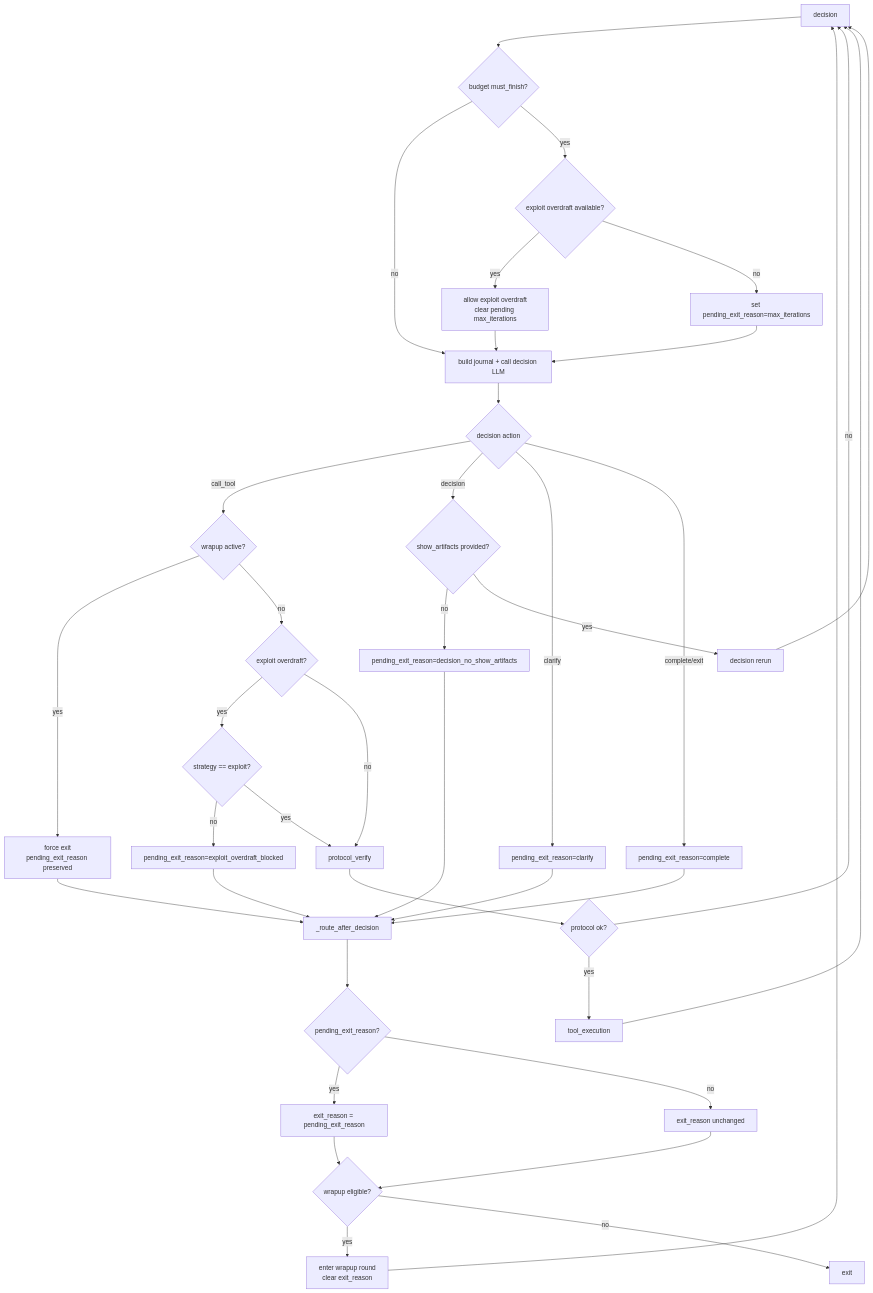
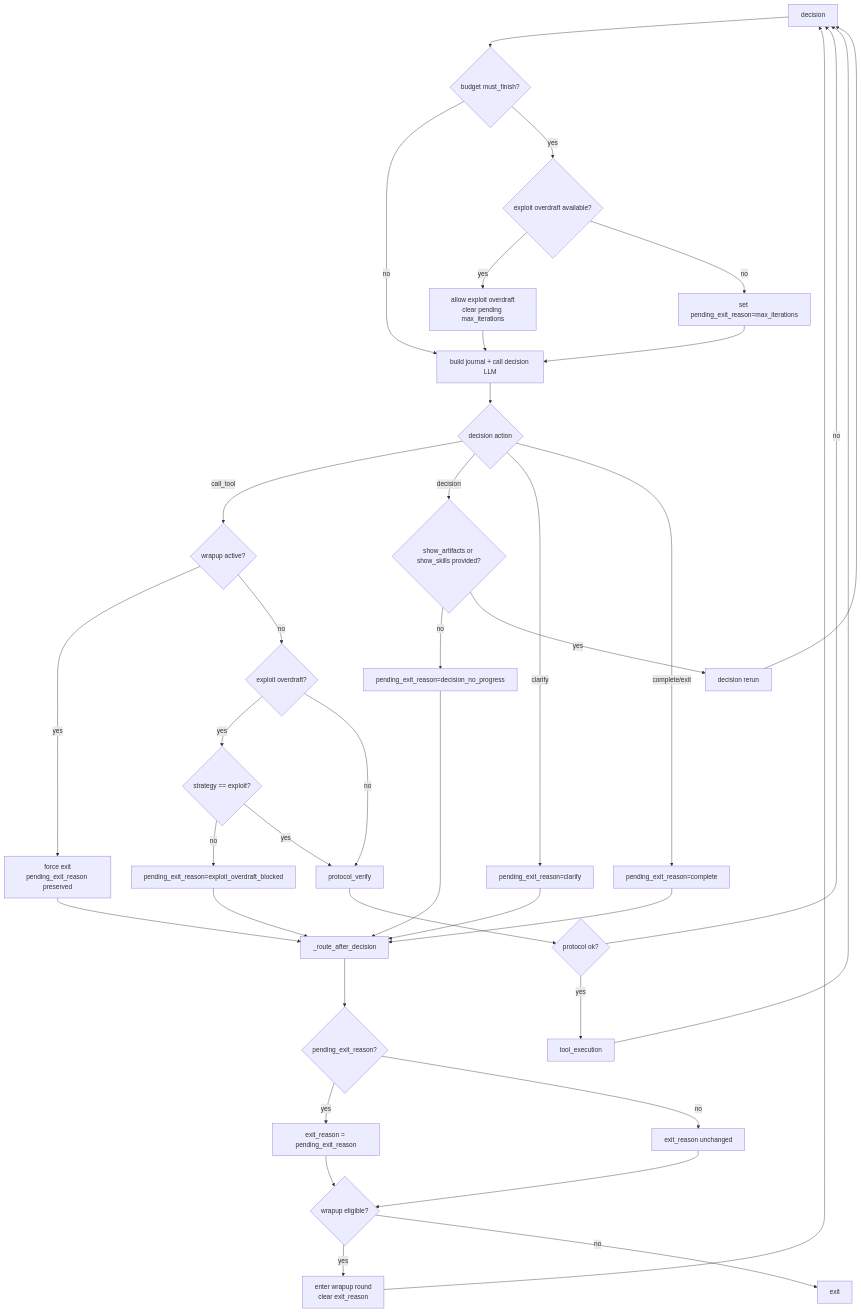
One commit to elenaviter/kdcube-ai-app changed the second of 2 diagrams in app/ai-app/services/kdcube-ai-app/kdcube_ai_app/apps/chat/sdk/runtime/solution/react/react-state-machine.md. Above: the diagram before and after it, drawn with Mermaid. The commit also changed other lines of this file and 43 other files, not shown here.

````diff
--- a/app/ai-app/services/kdcube-ai-app/kdcube_ai_app/apps/chat/sdk/runtime/solution/react/react-state-machine.md
+++ b/app/ai-app/services/kdcube-ai-app/kdcube_ai_app/apps/chat/sdk/runtime/solution/react/react-state-machine.md
@@ -38,42 +38,42 @@
 ```mermaid
 flowchart TD
     A[decision] --> B{budget must_finish?}
     B -- no --> C[build journal + call decision LLM]
     B -- yes --> B1{exploit overdraft available?}
     B1 -- yes --> B2[allow exploit overdraft<br/>clear pending max_iterations]
     B1 -- no --> B3[set pending_exit_reason=max_iterations]
     B2 --> C
     B3 --> C
 
     C --> D{decision action}
     D -- call_tool --> E{wrapup active?}
     E -- yes --> Z1[force exit<br/>pending_exit_reason preserved] --> R
     E -- no --> F{exploit overdraft?}
     F -- yes --> F1{strategy == exploit?}
     F1 -- no --> Z2[pending_exit_reason=exploit_overdraft_blocked] --> R
     F1 -- yes --> G[protocol_verify]
     F -- no --> G
 
-    D -- decision --> H{show_artifacts provided?}
-    H -- no --> Z3[pending_exit_reason=decision_no_show_artifacts] --> R
+    D -- decision --> H{show_artifacts or show_skills provided?}
+    H -- no --> Z3[pending_exit_reason=decision_no_progress] --> R
     H -- yes --> G2[decision rerun] --> A
 
     D -- clarify --> Z4[pending_exit_reason=clarify] --> R
     D -- complete/exit --> Z5[pending_exit_reason=complete] --> R
 
     G --> I{protocol ok?}
     I -- no --> A
     I -- yes --> J[tool_execution]
     J --> A
 
     R[_route_after_decision] --> K{pending_exit_reason?}
     K -- yes --> L[exit_reason = pending_exit_reason]
     K -- no --> M[exit_reason unchanged]
     L --> N{wrapup eligible?}
     M --> N
     N -- yes --> W[enter wrapup round<br/>clear exit_reason] --> A
     N -- no --> X[exit]
 
     %% Wrapup eligibility
     %% pending slots AND unmapped mappable artifacts
 ```
````
